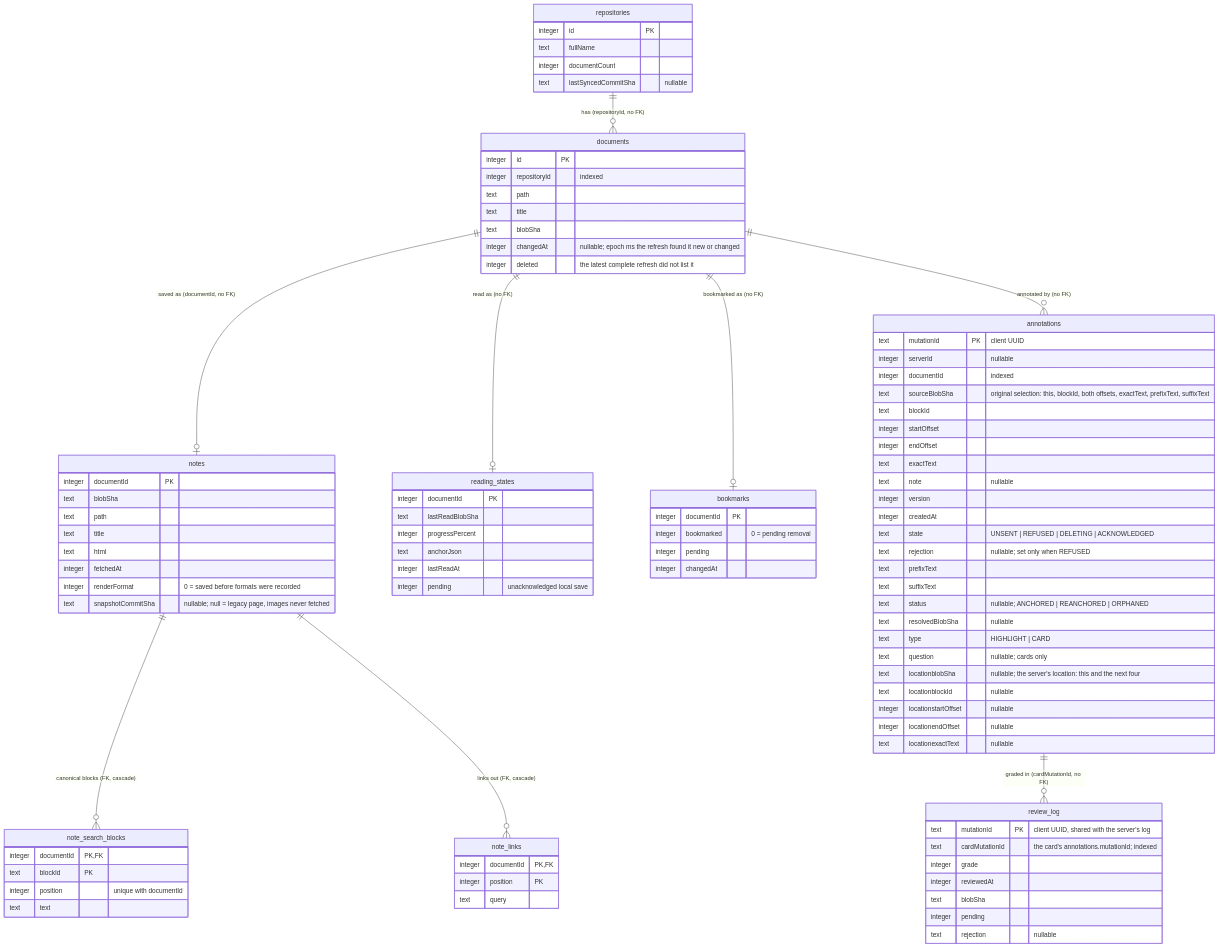
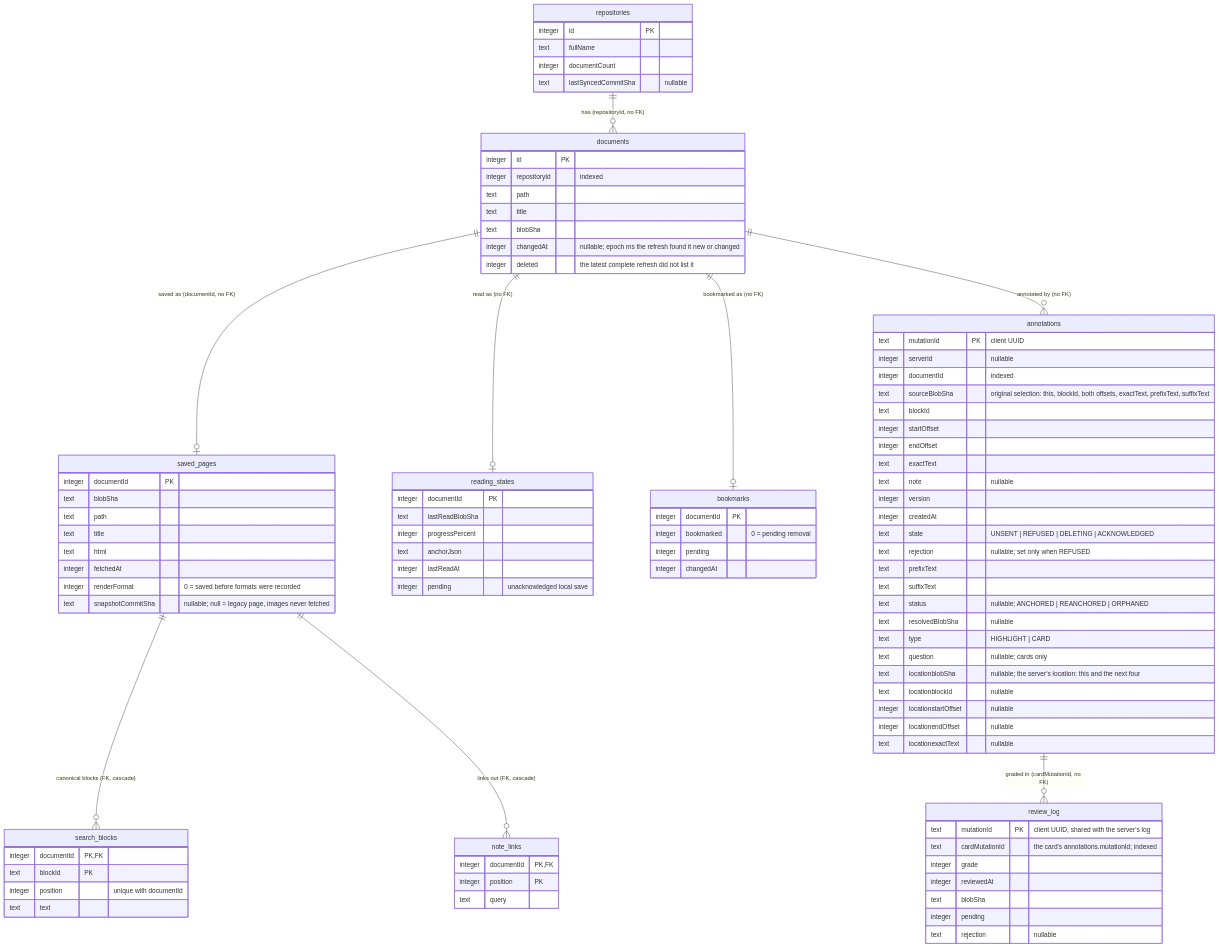
The sixth of 13 diagrams in docs/architecture.md (jaxwong/reporead), drawn with Mermaid before and after one commit. The commit also changed other lines of this file and 4 other files, not shown here.

````diff
--- a/docs/architecture.md
+++ b/docs/architecture.md
@@ -422,9 +422,9 @@
 ```mermaid
 erDiagram
     repositories ||--o{ documents : "has (repositoryId, no FK)"
-    documents ||--o| notes : "saved as (documentId, no FK)"
-    notes ||--o{ note_search_blocks : "canonical blocks (FK, cascade)"
-    notes ||--o{ note_links : "links out (FK, cascade)"
+    documents ||--o| saved_pages : "saved as (documentId, no FK)"
+    saved_pages ||--o{ search_blocks : "canonical blocks (FK, cascade)"
+    saved_pages ||--o{ note_links : "links out (FK, cascade)"
     documents ||--o| reading_states : "read as (no FK)"
     documents ||--o| bookmarks : "bookmarked as (no FK)"
     documents ||--o{ annotations : "annotated by (no FK)"
@@ -445,7 +445,7 @@
         integer changedAt "nullable; epoch ms the refresh found it new or changed"
         integer deleted "the latest complete refresh did not list it"
     }
-    notes {
+    saved_pages {
         integer documentId PK
         text blobSha
         text path
@@ -455,7 +455,7 @@
         integer renderFormat "0 = saved before formats were recorded"
         text snapshotCommitSha "nullable; null = legacy page, images never fetched"
     }
-    note_search_blocks {
+    search_blocks {
         integer documentId PK, FK
         text blockId PK
         integer position "unique with documentId"
````
